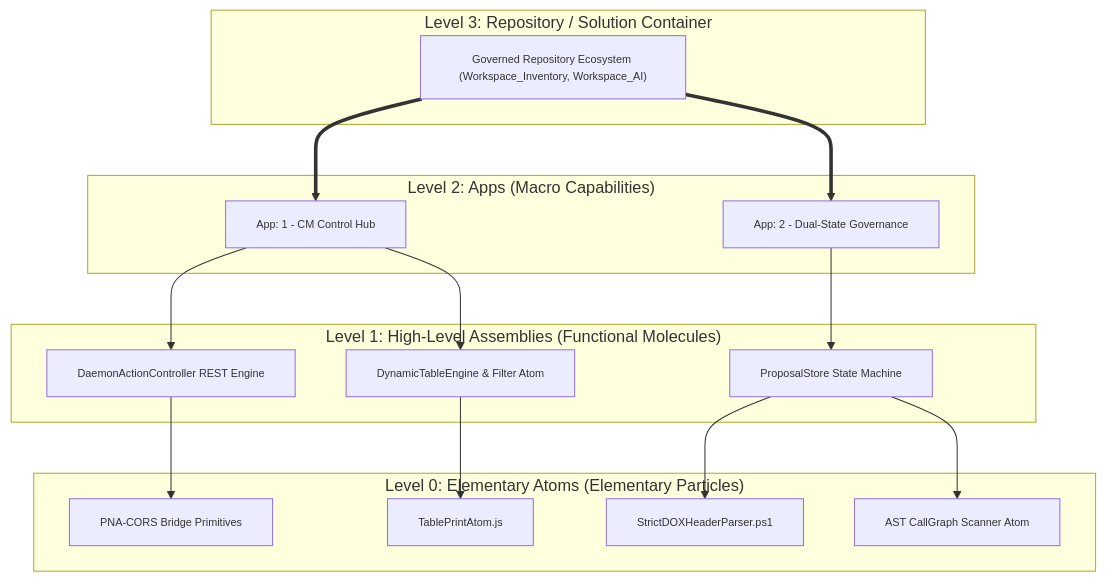
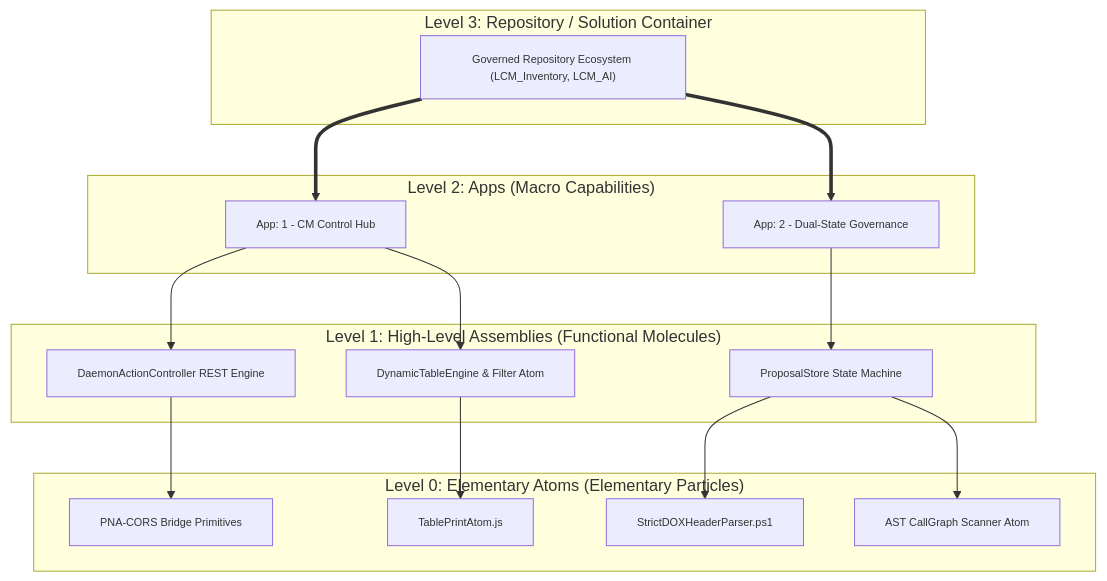
Before and after one commit to rgbigel/Workspace_AI: diagram 12 of 12 in docs/Architecture.md, drawn with Mermaid. The commit also changed other lines of this file and 100 other files, not shown here.

First line of the commit message:
chore(lcm): snapshot new workspace structure

````diff
--- a/docs/Architecture.md
+++ b/docs/Architecture.md
@@ -552,32 +654,32 @@
 ```mermaid
 graph TB
     classDef default font-size:8pt;
     subgraph LEVEL3["Level 3: Repository / Solution Container"]
-        REPO["Governed Repository Ecosystem (Workspace_Inventory, Workspace_AI)"]
+        REPO["Governed Repository Ecosystem (LCM_Inventory, LCM_AI)"]
     end
 
     subgraph LEVEL2["Level 2: Apps (Macro Capabilities)"]
         A1["App: 1 - CM Control Hub"]
         A2["App: 2 - Dual-State Governance"]
     end
 
     subgraph LEVEL1["Level 1: High-Level Assemblies (Functional Molecules)"]
         M1["ProposalStore State Machine"]
         M2["DaemonActionController REST Engine"]
         M3["DynamicTableEngine & Filter Atom"]
     end
 
     subgraph LEVEL0["Level 0: Elementary Atoms (Elementary Particles)"]
         ATOM1["TablePrintAtom.js"]
         ATOM2["StrictDOXHeaderParser.ps1"]
         ATOM3["PNA-CORS Bridge Primitives"]
         ATOM4["AST CallGraph Scanner Atom"]
     end
 
     REPO ==> A1 & A2
     A1 --> M2 & M3
     A2 --> M1
     M1 --> ATOM2 & ATOM4
     M2 --> ATOM3
     M3 --> ATOM1
 ```
````
